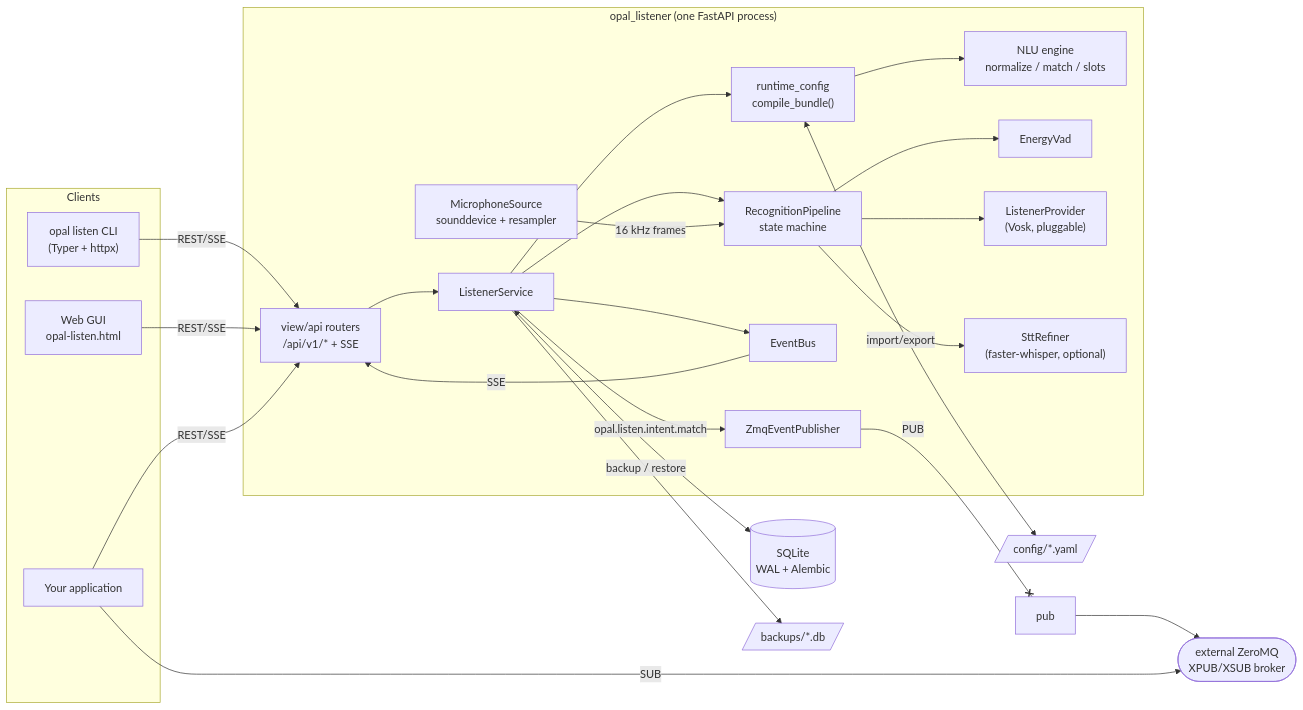
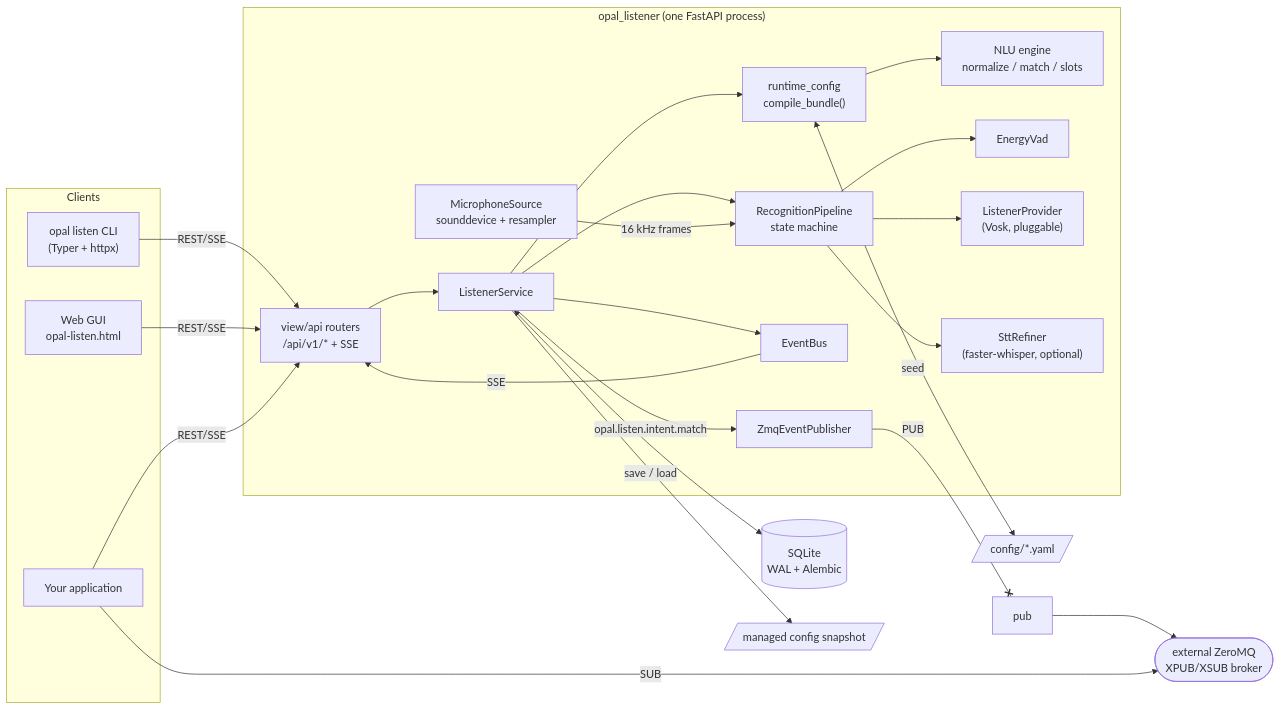
One commit to PatMartin/opal-listen changed the first of 4 diagrams in docs/USER_GUIDE.md. Above: the diagram before and after it, drawn with Mermaid. The commit also changed other lines of this file and 41 other files, not shown here.

````diff
--- a/docs/USER_GUIDE.md
+++ b/docs/USER_GUIDE.md
@@ -301,43 +300,43 @@
 ```mermaid
 flowchart LR
     subgraph Clients
         CLI["opal listen CLI<br/>(Typer + httpx)"]
         GUI["Web GUI<br/>opal-listen.html"]
         APP["Your application"]
     end
     subgraph Server["opal_listener (one FastAPI process)"]
         API["view/api routers<br/>/api/v1/* + SSE"]
         LS["ListenerService"]
         CFG["runtime_config<br/>compile_bundle()"]
         NLU["NLU engine<br/>normalize / match / slots"]
         PIPE["RecognitionPipeline<br/>state machine"]
         VAD["EnergyVad"]
         BUS["EventBus"]
         ZPUB["ZmqEventPublisher"]
         PROV["ListenerProvider<br/>(Vosk, pluggable)"]
         REF["SttRefiner<br/>(faster-whisper, optional)"]
         MIC["MicrophoneSource<br/>sounddevice + resampler"]
     end
     DB[("SQLite<br/>WAL + Alembic")]
     YAML[/"config/*.yaml"/]
-    BK[/"backups/*.db"/]
+    SNAP[/"managed config snapshot"/]
     BROKER(["external ZeroMQ<br/>XPUB/XSUB broker"])
 
     CLI -- REST/SSE --> API
     GUI -- REST/SSE --> API
     APP -- REST/SSE --> API
     API --> LS
     LS --> CFG --> NLU
     LS --> PIPE
     MIC -- 16 kHz frames --> PIPE
     PIPE --> VAD
     PIPE --> PROV
     PIPE --> REF
     LS --> BUS -- SSE --> API
     LS -- "opal.listen.intent.match" --> ZPUB
     ZPUB -- PUB --xpub--> BROKER
     APP -- SUB --> BROKER
     LS <--> DB
-    CFG <-- import/export --> YAML
-    LS -- backup / restore --> BK
+    CFG <-- seed --> YAML
+    LS -- save / load --> SNAP
 ```
````
